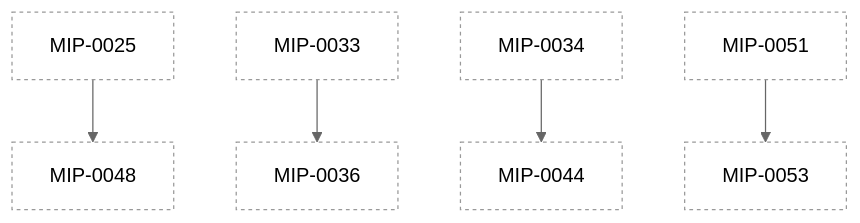
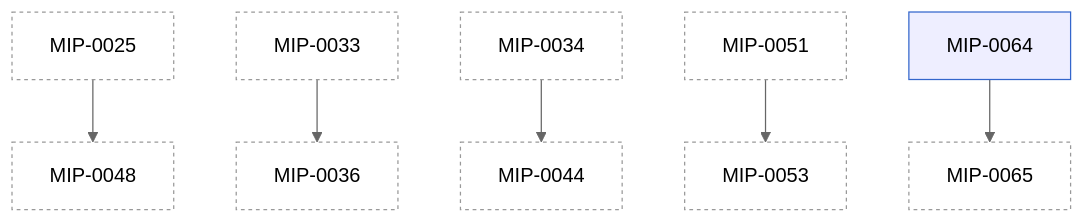
The diagram in docs/mips/README.md (h0ffmann/marola), drawn with Mermaid (neutral theme) before and after one commit. The commit also changed other lines of this file and 3 other files, not shown here.

````diff
--- a/docs/mips/README.md
+++ b/docs/mips/README.md
@@ -85,19 +86,22 @@
 ```mermaid
 flowchart TD
   classDef draft fill:#fff,stroke:#999,stroke-dasharray:3 3;
   classDef accepted fill:#eef,stroke:#36c;
   classDef implemented fill:#efe,stroke:#2a2;
   classDef rejected fill:#f8f8f8,stroke:#bbb,color:#999;
   M0025["MIP-0025"]:::draft
   M0033["MIP-0033"]:::draft
   M0034["MIP-0034"]:::draft
   M0036["MIP-0036"]:::draft
   M0044["MIP-0044"]:::draft
   M0048["MIP-0048"]:::draft
   M0051["MIP-0051"]:::draft
   M0053["MIP-0053"]:::draft
+  M0064["MIP-0064"]:::accepted
+  M0065["MIP-0065"]:::draft
   M0025 --> M0048
   M0033 --> M0036
   M0034 --> M0044
   M0051 --> M0053
+  M0064 --> M0065
 ```
````
